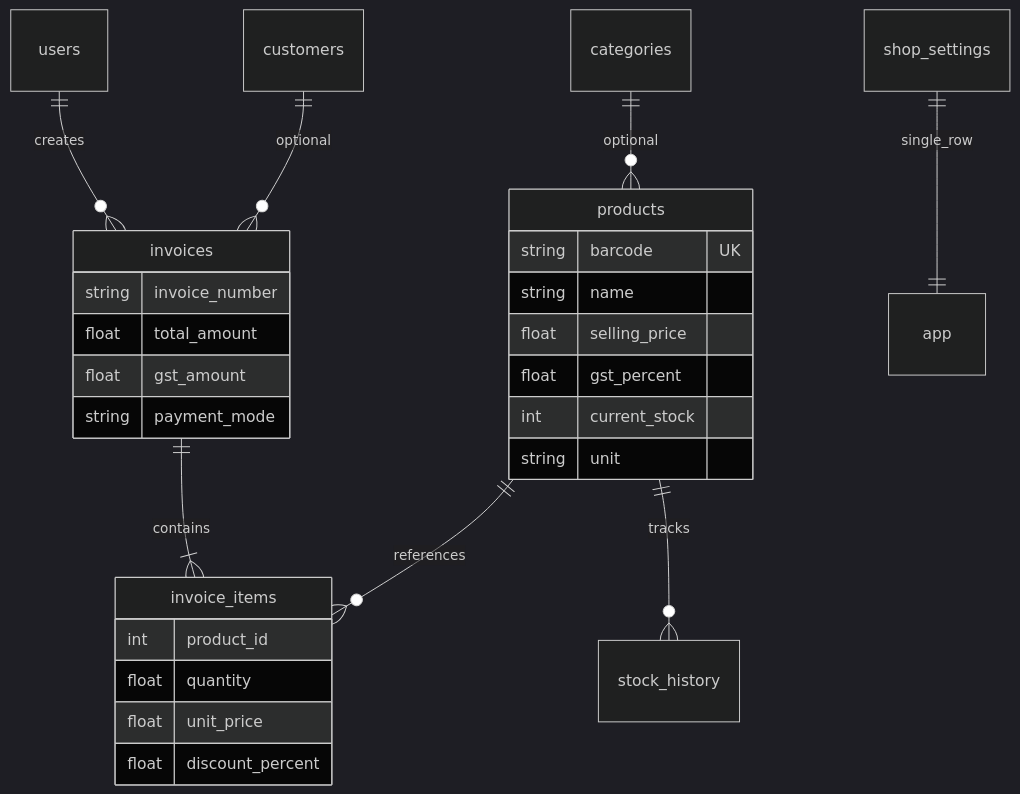
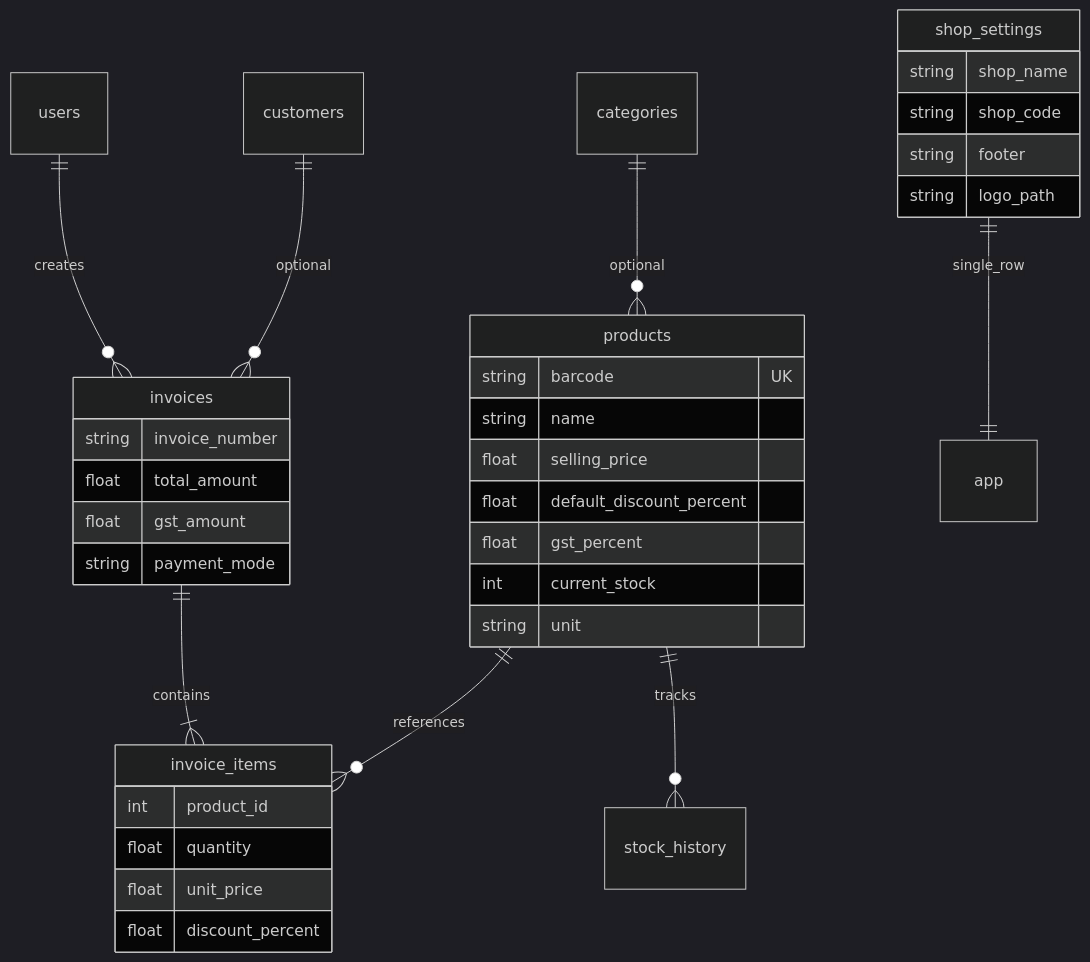
One commit to raghavendra-k021/bill-service changed the eighth of 10 diagrams in ARCHITECTURE.md. Above: the diagram before and after it, drawn with Mermaid (dark theme). The commit also changed other lines of this file and 27 other files, not shown here.

````diff
--- a/ARCHITECTURE.md
+++ b/ARCHITECTURE.md
@@ -206,33 +387,41 @@
 ```mermaid
 erDiagram
     users ||--o{ invoices : creates
     customers ||--o{ invoices : optional
     invoices ||--|{ invoice_items : contains
     products ||--o{ invoice_items : references
     products ||--o{ stock_history : tracks
     categories ||--o{ products : optional
     shop_settings ||--|| app : single_row
 
     products {
         string barcode UK
         string name
         float selling_price
+        float default_discount_percent
         float gst_percent
         int current_stock
         string unit
+    }
+
+    shop_settings {
+        string shop_name
+        string shop_code
+        string footer
+        string logo_path
     }
 
     invoices {
         string invoice_number
         float total_amount
         float gst_amount
         string payment_mode
     }
 
     invoice_items {
         int product_id
         float quantity
         float unit_price
         float discount_percent
     }
 ```
````
